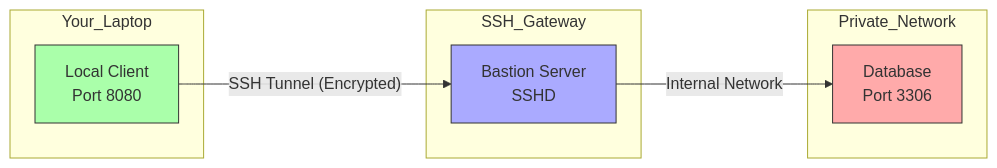
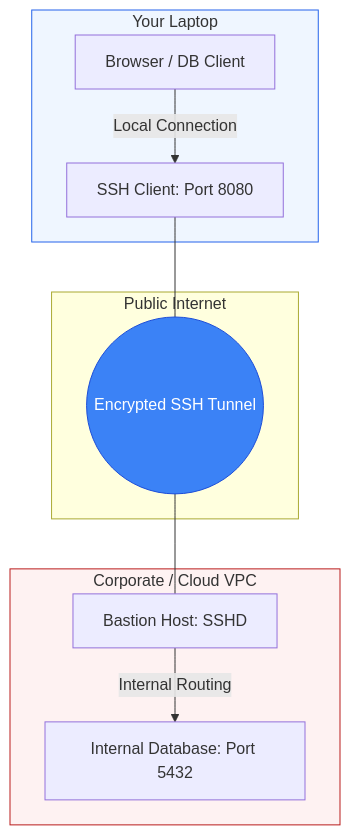
The diagram in 2-Intermediate/01-Phase-1/02-Linux/SSH/02-Tunneling/README.md (Ganil151/Devops), drawn with Mermaid before and after one commit. The commit also changed other lines of this file and 53 other files, not shown here.

````diff
--- a/2-Intermediate/01-Phase-1/02-Linux/SSH/02-Tunneling/README.md
+++ b/2-Intermediate/01-Phase-1/02-Linux/SSH/02-Tunneling/README.md
@@ -13,21 +5,25 @@
 ```mermaid
-graph LR
-    subgraph Your_Laptop
-    A[Local Client<br>Port 8080]
+graph TD
+    subgraph User_Space[Your Laptop]
+        App[Browser / DB Client]
+        SSH_Client[SSH Client: Port 8080]
+        App -->|Local Connection| SSH_Client
     end
-    
-    subgraph SSH_Gateway
-    B[Bastion Server<br>SSHD]
+
+    subgraph The_Internet[Public Internet]
+        Tunnel((Encrypted SSH Tunnel))
+        SSH_Client --- Tunnel
     end
-    
-    subgraph Private_Network
-    C[Database<br>Port 3306]
+
+    subgraph Private_Network[Corporate / Cloud VPC]
+        Jump[Bastion Host: SSHD]
+        DB[Internal Database: Port 5432]
+        
+        Tunnel --- Jump
+        Jump -->|Internal Routing| DB
     end
-    
-    A --"SSH Tunnel (Encrypted)"--> B
-    B --"Internal Network"--> C
-    
-    style A fill:#aaffaa,stroke:#333
-    style B fill:#aaaaff,stroke:#333
-    style C fill:#ffaaaa,stroke:#333
+
+    style User_Space fill:#eff6ff,stroke:#2563eb
+    style Private_Network fill:#fef2f2,stroke:#b91c1c
+    style Tunnel fill:#3b82f6,stroke:#1d4ed8,color:#fff
 ```
````
